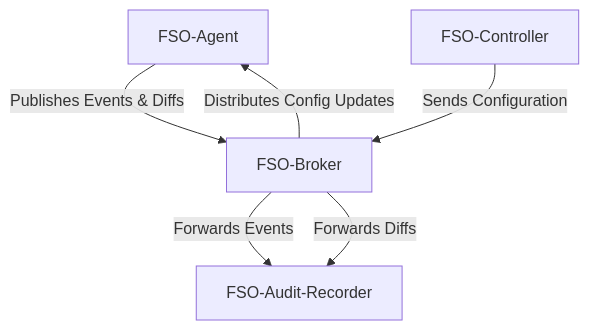
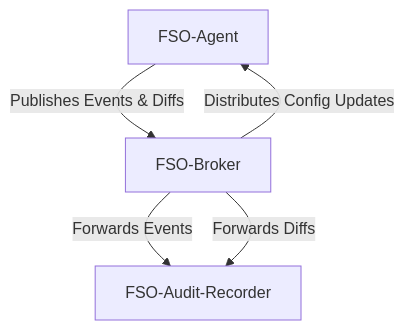
One commit to denizs/fso changed the diagram in README.md. Above: the diagram before and after it, drawn with Mermaid. The commit also changed other lines of this file and 1 other file, not shown here.

````diff
--- a/README.md
+++ b/README.md
@@ -17,8 +16,7 @@
 ```mermaid
 graph TD
     A[FSO-Agent] -- Publishes Events & Diffs --> B[FSO-Broker]
     B -- Forwards Events --> C[FSO-Audit-Recorder]
     B -- Forwards Diffs --> C
-    D[FSO-Controller] -- Sends Configuration --> B
     B -- Distributes Config Updates --> A
 ```
````
